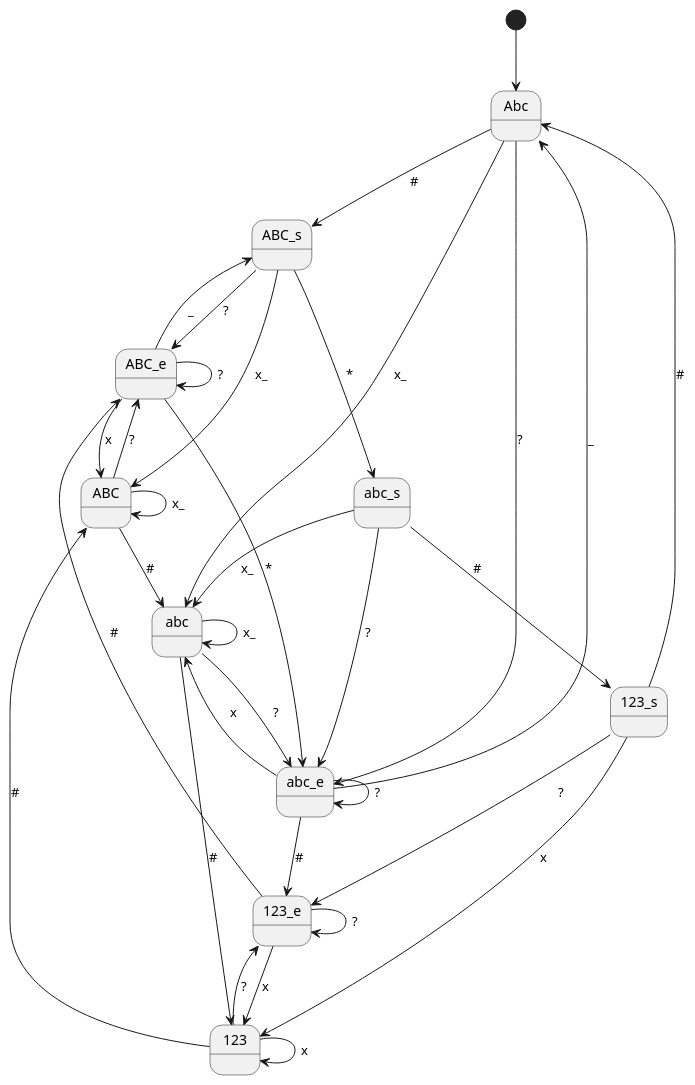
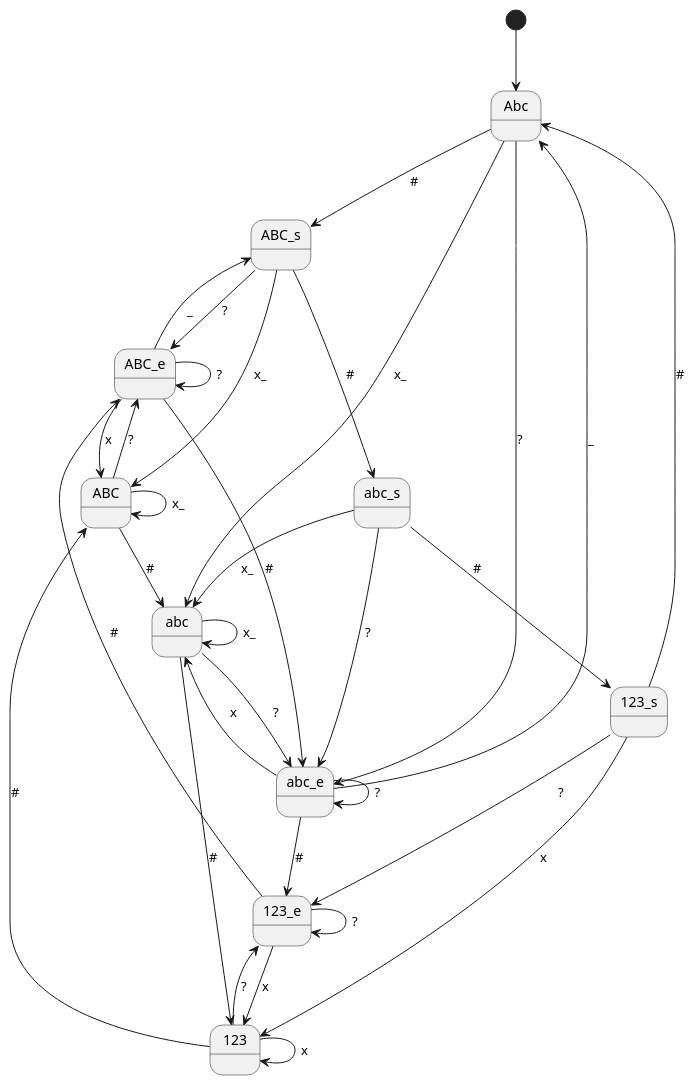
Before and after one commit to S-Man42/GCWizard: the diagram in lib/logic/tools/crypto_and_encodings/vanity/samsung_gt-e1170.puml, drawn with PlantUML. The commit also changed 5 other files, not shown here.

```diff
--- a/lib/logic/tools/crypto_and_encodings/vanity/samsung_gt-e1170.puml
+++ b/lib/logic/tools/crypto_and_encodings/vanity/samsung_gt-e1170.puml
@@ -1,49 +1,49 @@
 @startuml
 'https://plantuml.com/state-diagram
 [*] --> Abc
 
 Abc --> ABC_s: #
 Abc --> abc: x_
 Abc --> abc_e: ?
 
 abc --> abc: x_
 abc --> abc_e: ?
 abc --> 123: #
 
 abc_e --> abc_e: ?
 abc_e --> Abc: _
 abc_e --> abc: x
 abc_e --> 123_e: #
 
 ' _ not possible
 123_e --> 123: x
 123_e --> ABC_e: #
 123_e --> 123_e: ?
 
 ABC_e --> ABC_s: _
 ABC_e --> ABC: x
-ABC_e --> abc_e: *
+ABC_e --> abc_e: #
 ABC_e --> ABC_e: ?
 
-ABC_s --> abc_s: *
+ABC_s --> abc_s: #
 ABC_s --> ABC: x_
 ABC_s --> ABC_e: ?
 
 ABC --> ABC: x_
 ABC --> abc: #
 ABC --> ABC_e: ?
 
 abc_s --> abc: x_
 abc_s --> 123_s: #
 abc_s --> abc_e: ?
 
 '_ not possible
 123_s --> 123: x
 123_s --> 123_e: ?
 123_s --> Abc: #
 
 '_ not possible
 123 --> 123: x
 123 --> ABC: #
 123 --> 123_e: ?
 @enduml
```
